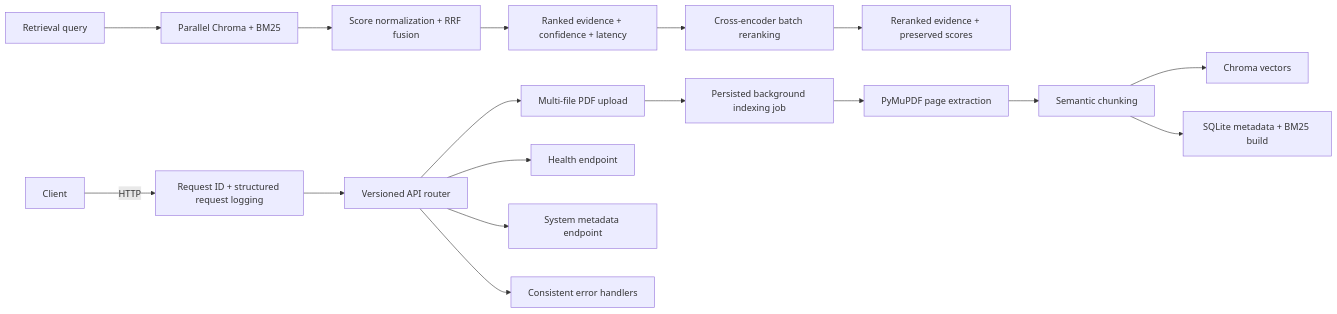
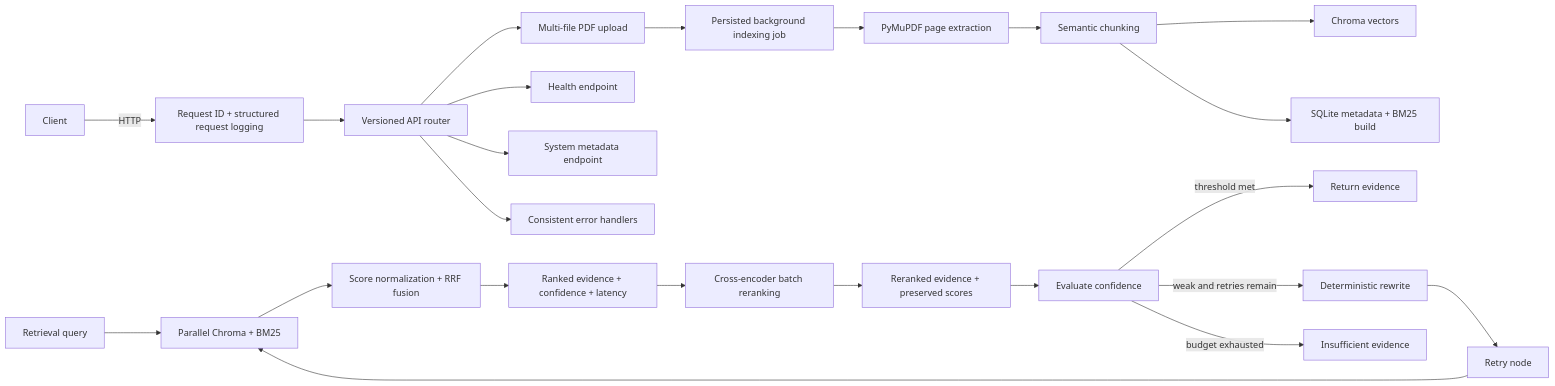
The diagram in docs/architecture.md (Sakshiii963/adaptive-rag-system), drawn with Mermaid before and after one commit. The commit also changed other lines of this file and 18 other files, not shown here.

````diff
--- a/docs/architecture.md
+++ b/docs/architecture.md
@@ -9,19 +9,25 @@
 ```mermaid
 flowchart LR
     Client -->|HTTP| Middleware[Request ID + structured request logging]
     Middleware --> Router[Versioned API router]
     Router --> Upload[Multi-file PDF upload]
     Upload --> Job[Persisted background indexing job]
     Job --> Parser[PyMuPDF page extraction]
     Parser --> Chunking[Semantic chunking]
     Chunking --> Chroma[Chroma vectors]
     Chunking --> SQLite[SQLite metadata + BM25 build]
     Search[Retrieval query] --> Parallel[Parallel Chroma + BM25]
     Parallel --> RRF[Score normalization + RRF fusion]
     RRF --> Evidence[Ranked evidence + confidence + latency]
     Evidence --> Rerank[Cross-encoder batch reranking]
     Rerank --> FinalEvidence[Reranked evidence + preserved scores]
+    FinalEvidence --> Confidence[Evaluate confidence]
+    Confidence -->|threshold met| Return[Return evidence]
+    Confidence -->|weak and retries remain| Rewrite[Deterministic rewrite]
+    Rewrite --> Retry[Retry node]
+    Retry --> Parallel
+    Confidence -->|budget exhausted| Insufficient[Insufficient evidence]
     Router --> Health[Health endpoint]
     Router --> System[System metadata endpoint]
     Router --> Errors[Consistent error handlers]
 ```
````
